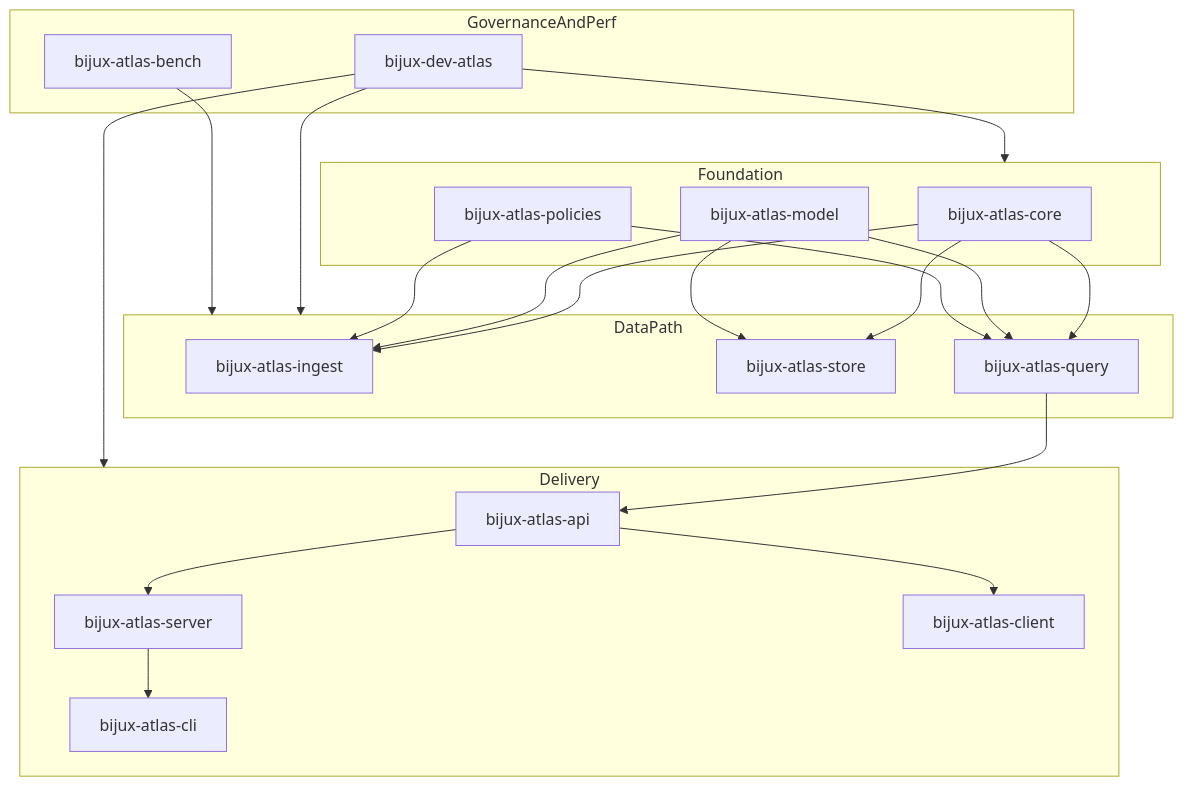
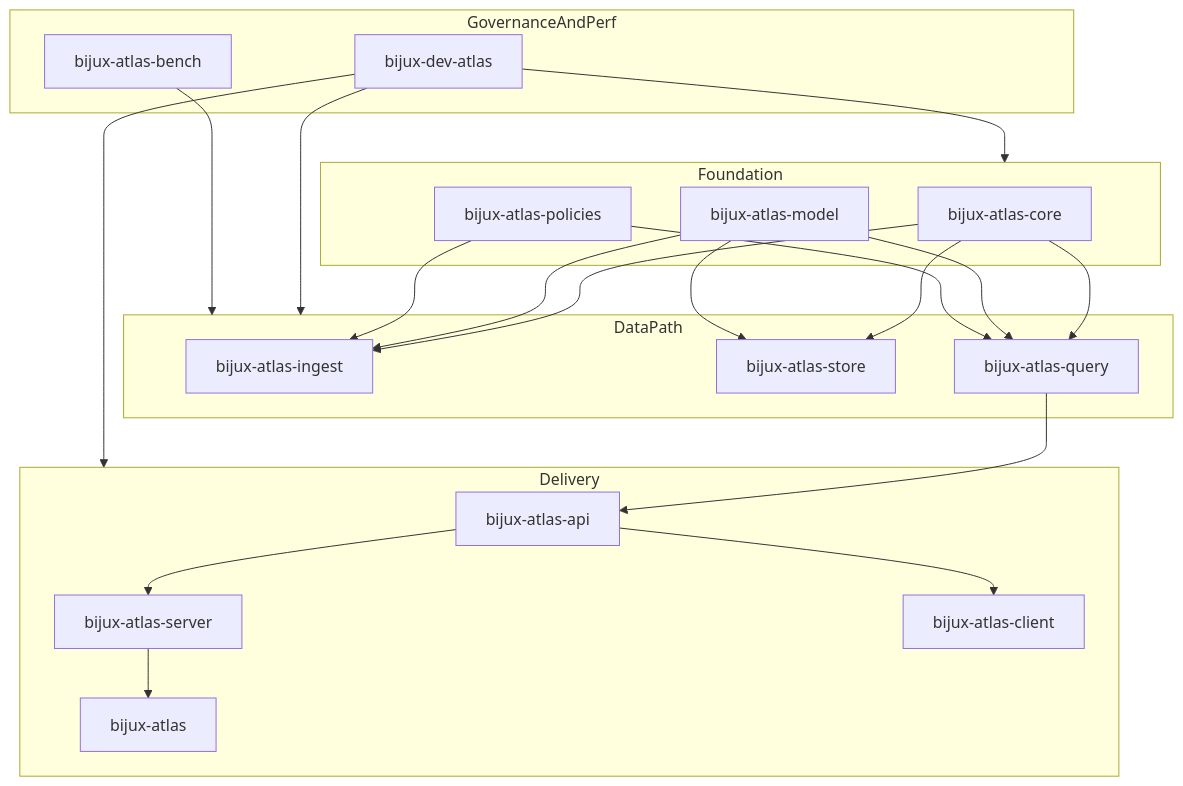
One commit to bijux/bijux-atlas changed the diagram in docs/architecture/why-this-structure-exists.md. Above: the diagram before and after it, drawn with Mermaid. The commit also changed other lines of this file and 31 other files, not shown here.

````diff
--- a/docs/architecture/why-this-structure-exists.md
+++ b/docs/architecture/why-this-structure-exists.md
@@ -95,39 +95,39 @@
 ```mermaid
 flowchart TD
   subgraph Foundation
     C[bijux-atlas-core]
     M[bijux-atlas-model]
     P[bijux-atlas-policies]
   end
   subgraph DataPath
     I[bijux-atlas-ingest]
     S[bijux-atlas-store]
     Q[bijux-atlas-query]
   end
   subgraph Delivery
     A[bijux-atlas-api]
     SRV[bijux-atlas-server]
-    CLI[bijux-atlas-cli]
+    CLI[bijux-atlas]
     CLT[bijux-atlas-client]
   end
   subgraph GovernanceAndPerf
     DEV[bijux-dev-atlas]
     B[bijux-atlas-bench]
   end
   C --> I
   C --> S
   C --> Q
   M --> I
   M --> S
   M --> Q
   P --> I
   P --> Q
   Q --> A
   A --> SRV
   A --> CLT
   SRV --> CLI
   DEV --> Foundation
   DEV --> DataPath
   DEV --> Delivery
   B --> DataPath
 ```
````
